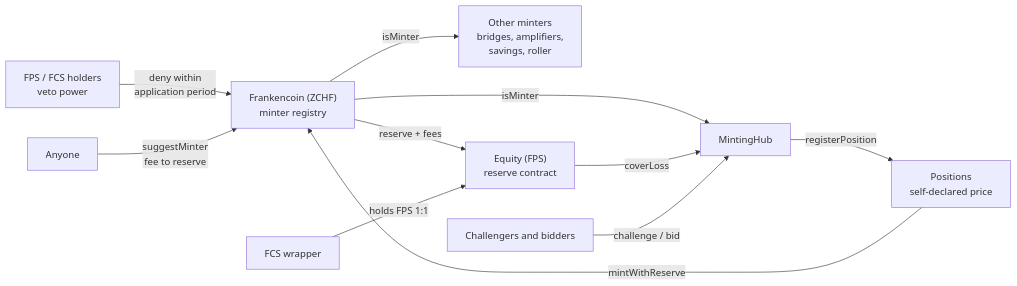
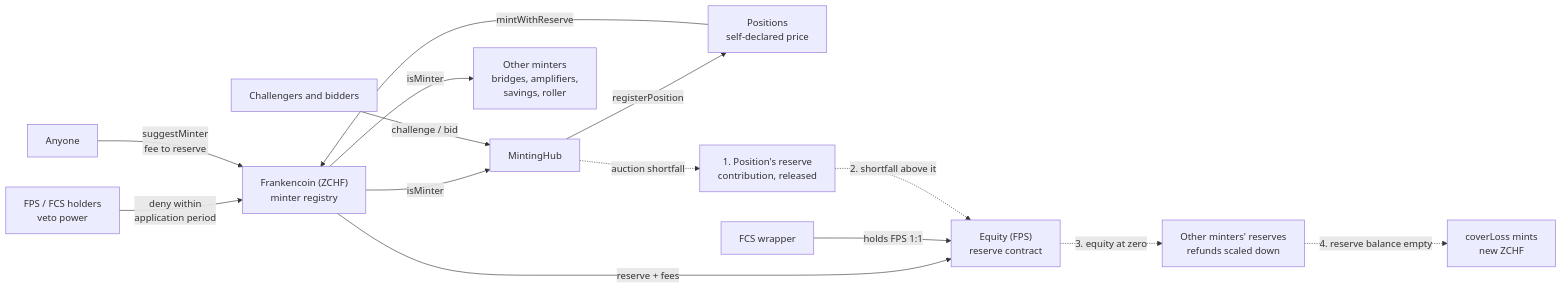
One commit to rya-sge/access-denied changed the first of 3 diagrams in _posts/2026-11-23-frankencoin-oracle-free-stablecoin.md. Above: the diagram before and after it, drawn with Mermaid. The commit also changed other lines of this file and 3 other files, not shown here.

````diff
--- a/_posts/2026-11-23-frankencoin-oracle-free-stablecoin.md
+++ b/_posts/2026-11-23-frankencoin-oracle-free-stablecoin.md
@@ -54,13 +55,16 @@
 ```mermaid
 flowchart LR
     GOV["FPS / FCS holders<br/>veto power"] -->|"deny within<br/>application period"| ZCHF["Frankencoin (ZCHF)<br/>minter registry"]
     PROP["Anyone"] -->|"suggestMinter<br/>fee to reserve"| ZCHF
     ZCHF -->|"isMinter"| HUB["MintingHub"]
     ZCHF -->|"isMinter"| OTHER["Other minters<br/>bridges, amplifiers,<br/>savings, roller"]
     HUB -->|"registerPosition"| POS["Positions<br/>self-declared price"]
     POS -->|"mintWithReserve"| ZCHF
     ZCHF -->|"reserve + fees"| EQ["Equity (FPS)<br/>reserve contract"]
-    EQ -->|"coverLoss"| HUB
     FCS["FCS wrapper"] -->|"holds FPS 1:1"| EQ
     CH["Challengers and bidders"] -->|"challenge / bid"| HUB
+    HUB -.->|"auction shortfall"| L1["1. Position's reserve<br/>contribution, released"]
+    L1 -.->|"2. shortfall above it"| EQ
+    EQ -.->|"3. equity at zero"| L3["Other minters' reserves<br/>refunds scaled down"]
+    L3 -.->|"4. reserve balance empty"| L4["coverLoss mints<br/>new ZCHF"]
 ```
````
